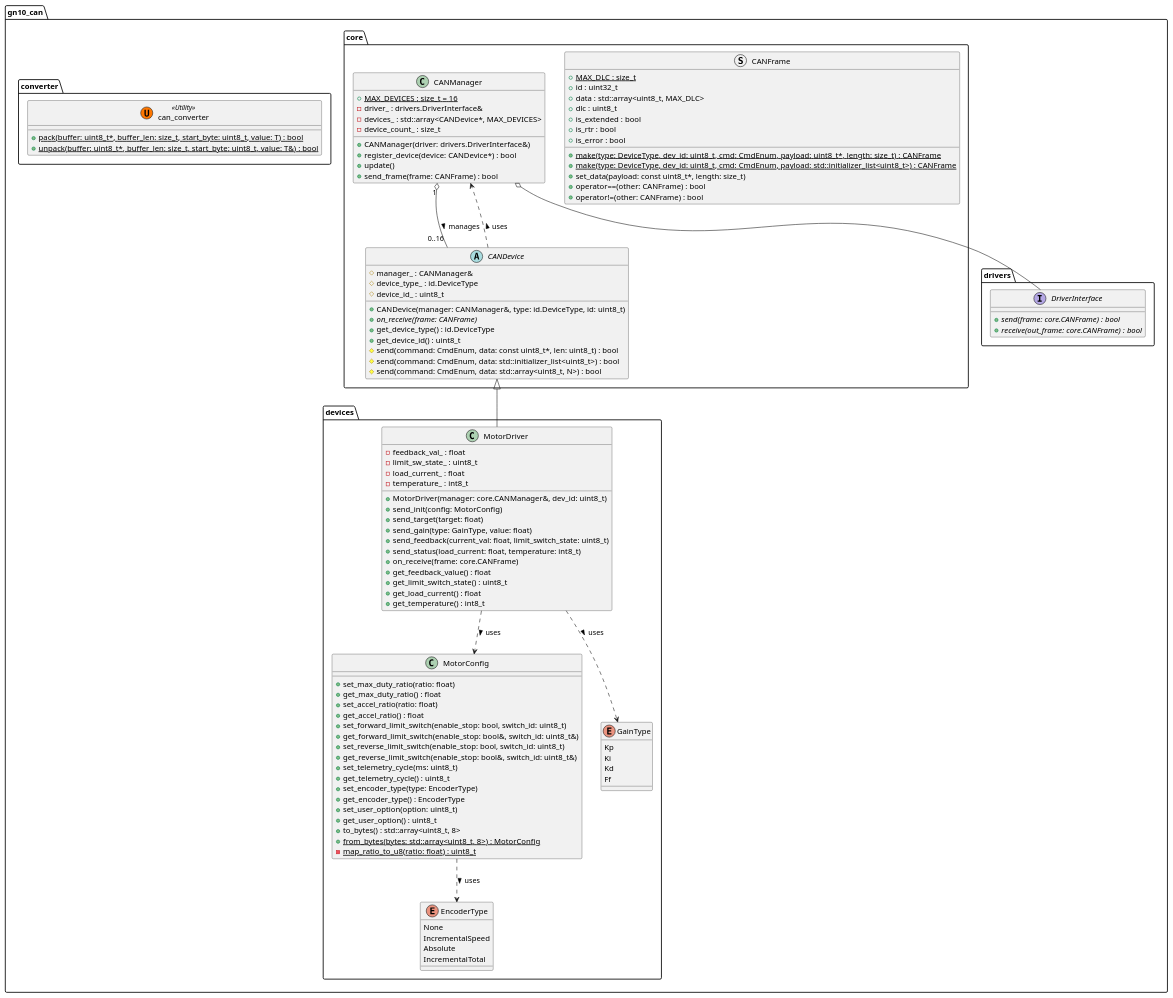
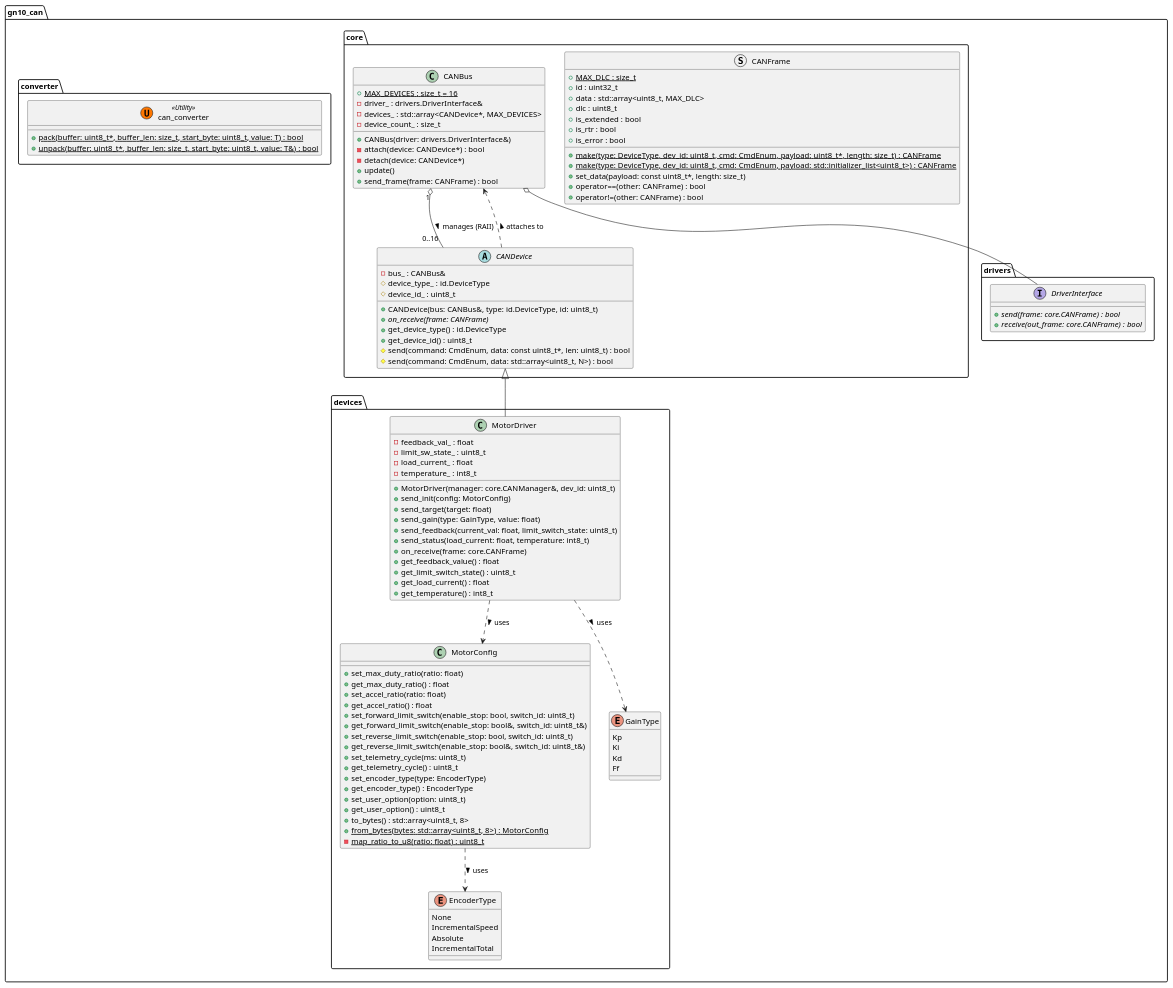
One commit to ararobo/gn10-can changed the diagram in uml/class.pu. Above: the diagram before and after it, drawn with PlantUML. The commit also changed 4 other files, not shown here.

Commit message:
refactor: replace CANManager with CANBus in documentation and UML diagrams

```diff
--- a/uml/class.pu
+++ b/uml/class.pu
@@ -1,123 +1,123 @@
 @startuml class_diagram
 
 namespace gn10_can {
 
     namespace core {
         struct CANFrame {
             + {static} MAX_DLC : size_t
             + id : uint32_t
             + data : std::array<uint8_t, MAX_DLC>
             + dlc : uint8_t
             + is_extended : bool
             + is_rtr : bool
             + is_error : bool
             + {static} make(type: DeviceType, dev_id: uint8_t, cmd: CmdEnum, payload: uint8_t*, length: size_t) : CANFrame
             + {static} make(type: DeviceType, dev_id: uint8_t, cmd: CmdEnum, payload: std::initializer_list<uint8_t>) : CANFrame
             + set_data(payload: const uint8_t*, length: size_t)
             + operator==(other: CANFrame) : bool
             + operator!=(other: CANFrame) : bool
         }
 
-        class CANManager {
+        class CANBus {
             + {static} MAX_DEVICES : size_t = 16
             - driver_ : drivers.DriverInterface&
             - devices_ : std::array<CANDevice*, MAX_DEVICES>
             - device_count_ : size_t
-            + CANManager(driver: drivers.DriverInterface&)
-            + register_device(device: CANDevice*) : bool
+            + CANBus(driver: drivers.DriverInterface&)
+            - attach(device: CANDevice*) : bool
+            - detach(device: CANDevice*)
             + update()
             + send_frame(frame: CANFrame) : bool
         }
 
         abstract class CANDevice {
-            # manager_ : CANManager&
+            - bus_ : CANBus&
             # device_type_ : id.DeviceType
             # device_id_ : uint8_t
-            + CANDevice(manager: CANManager&, type: id.DeviceType, id: uint8_t)
+            + CANDevice(bus: CANBus&, type: id.DeviceType, id: uint8_t)
             + {abstract} on_receive(frame: CANFrame)
             + get_device_type() : id.DeviceType
             + get_device_id() : uint8_t
             # send(command: CmdEnum, data: const uint8_t*, len: uint8_t) : bool
-            # send(command: CmdEnum, data: std::initializer_list<uint8_t>) : bool
             # send(command: CmdEnum, data: std::array<uint8_t, N>) : bool
         }
     }
 
     namespace drivers {
         interface DriverInterface {
             + {abstract} send(frame: core.CANFrame) : bool
             + {abstract} receive(out_frame: core.CANFrame) : bool
         }
     }
 
     namespace devices {
         class MotorDriver {
             - feedback_val_ : float
             - limit_sw_state_ : uint8_t
             - load_current_ : float
             - temperature_ : int8_t
             + MotorDriver(manager: core.CANManager&, dev_id: uint8_t)
             + send_init(config: MotorConfig)
             + send_target(target: float)
             + send_gain(type: GainType, value: float)
             + send_feedback(current_val: float, limit_switch_state: uint8_t)
             + send_status(load_current: float, temperature: int8_t)
             + on_receive(frame: core.CANFrame)
             + get_feedback_value() : float
             + get_limit_switch_state() : uint8_t
             + get_load_current() : float
             + get_temperature() : int8_t
         }
 
         class MotorConfig {
             + set_max_duty_ratio(ratio: float)
             + get_max_duty_ratio() : float
             + set_accel_ratio(ratio: float)
             + get_accel_ratio() : float
             + set_forward_limit_switch(enable_stop: bool, switch_id: uint8_t)
             + get_forward_limit_switch(enable_stop: bool&, switch_id: uint8_t&)
             + set_reverse_limit_switch(enable_stop: bool, switch_id: uint8_t)
             + get_reverse_limit_switch(enable_stop: bool&, switch_id: uint8_t&)
             + set_telemetry_cycle(ms: uint8_t)
             + get_telemetry_cycle() : uint8_t
             + set_encoder_type(type: EncoderType)
             + get_encoder_type() : EncoderType
             + set_user_option(option: uint8_t)
             + get_user_option() : uint8_t
             + to_bytes() : std::array<uint8_t, 8>
             + {static} from_bytes(bytes: std::array<uint8_t, 8>) : MotorConfig
             - {static} map_ratio_to_u8(ratio: float) : uint8_t
         }
         
         enum EncoderType {
             None
             IncrementalSpeed
             Absolute
             IncrementalTotal
         }
 
         enum GainType {
             Kp
             Ki
             Kd
             Ff
         }
     }
     
     namespace converter {
         class can_converter << (U, #FF7700) Utility >> {
             + {static} pack(buffer: uint8_t*, buffer_len: size_t, start_byte: uint8_t, value: T) : bool
             + {static} unpack(buffer: uint8_t*, buffer_len: size_t, start_byte: uint8_t, value: T&) : bool
         }
     }
 
-    core.CANManager o-- drivers.DriverInterface
-    core.CANManager "1" o-- "0..16" core.CANDevice : manages >
+    core.CANBus o-- drivers.DriverInterface
+    core.CANBus "1" o-- "0..16" core.CANDevice : manages (RAII) >
     core.CANDevice <|-- devices.MotorDriver
-    core.CANDevice ..> core.CANManager : uses >
+    core.CANDevice ..> core.CANBus : attaches to >
     devices.MotorDriver ..> devices.MotorConfig : uses >
     devices.MotorDriver ..> devices.GainType : uses >
     devices.MotorConfig ..> devices.EncoderType : uses >
 }
 
 @enduml
```
